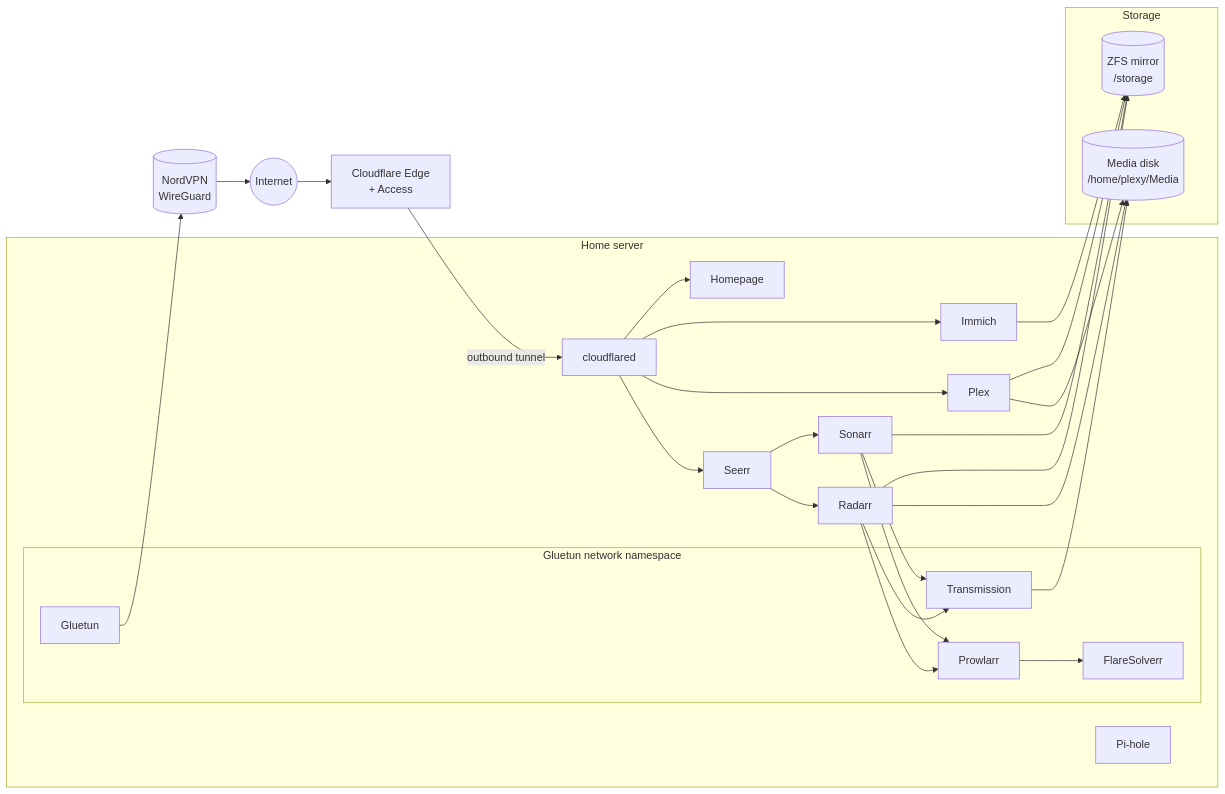
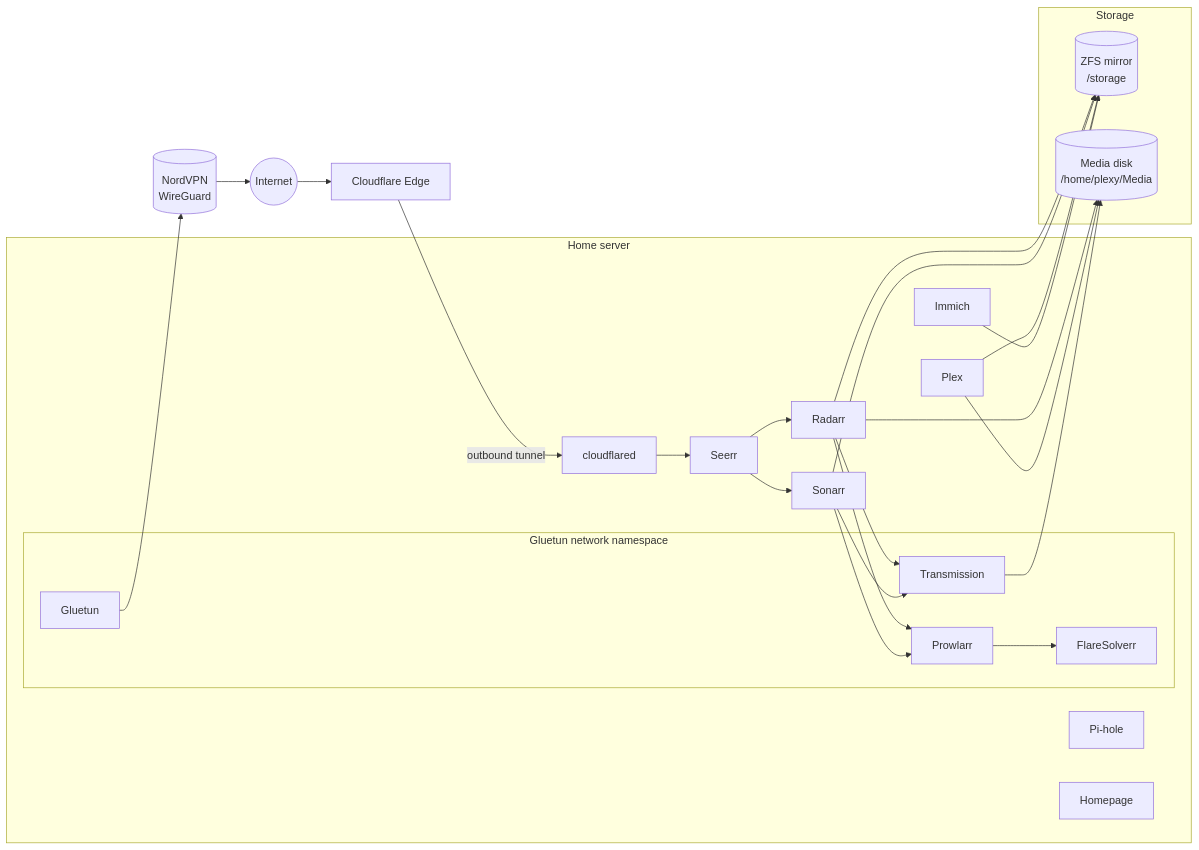
The diagram in README.md (bjarkijoha/homelab), drawn with Mermaid before and after one commit. The commit also changed other lines of this file, not shown here.

Commit message:
README: Cloudflare Tunnel only exposes Seerr

````diff
--- a/README.md
+++ b/README.md
@@ -30,41 +31,41 @@
 ```mermaid
 flowchart LR
     internet((Internet))
-    cf[Cloudflare Edge<br/>+ Access]
+    cf[Cloudflare Edge]
     vpn[(NordVPN<br/>WireGuard)]
 
     subgraph server[Home server]
         cloudflared
         subgraph vpnns[Gluetun network namespace]
             gluetun[Gluetun]
             prowlarr[Prowlarr]
             transmission[Transmission]
             flaresolverr[FlareSolverr]
         end
         radarr[Radarr]
         sonarr[Sonarr]
         seerr[Seerr]
         plex[Plex]
         immich[Immich]
         pihole[Pi-hole]
         homepage[Homepage]
     end
 
     subgraph storage[Storage]
         zfs[(ZFS mirror<br/>/storage)]
         media[(Media disk<br/>/home/plexy/Media)]
     end
 
     internet --> cf -->|outbound tunnel| cloudflared
-    cloudflared --> seerr & plex & immich & homepage
+    cloudflared --> seerr
     gluetun --> vpn --> internet
     seerr --> radarr & sonarr
     radarr & sonarr --> prowlarr
     radarr & sonarr --> transmission
     prowlarr --> flaresolverr
     radarr --> media & zfs
     sonarr --> zfs
     transmission --> media
     plex --> media & zfs
     immich --> zfs
 ```
````
